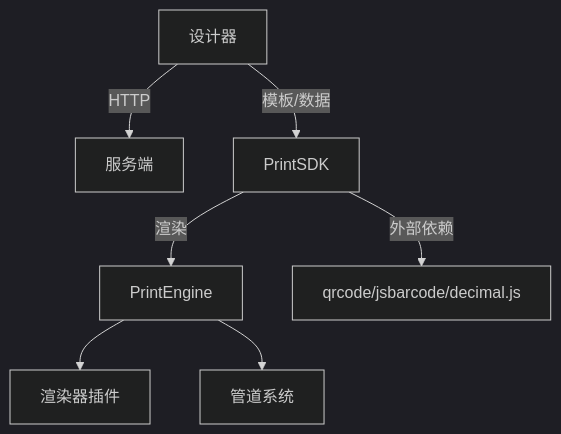
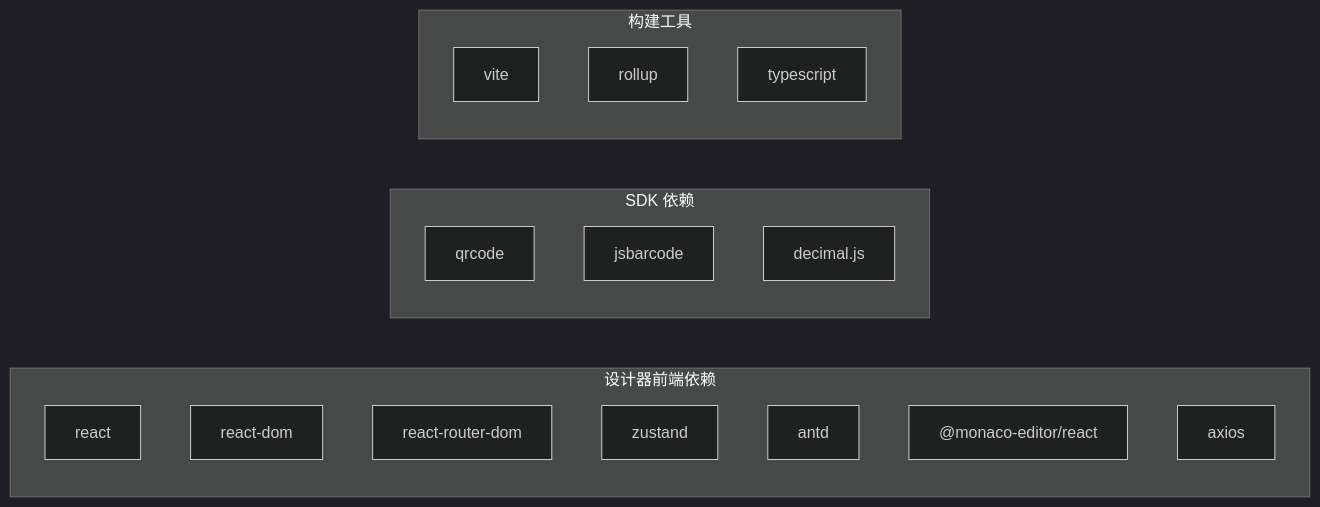
One commit to joker-yjc/printer changed the sixth of 6 diagrams in .qoder/repowiki/zh/content/项目概述/项目概述.md. Above: the diagram before and after it, drawn with Mermaid (dark theme). The commit also changed other lines of this file and 274 other files, not shown here.

````diff
--- a/.qoder/repowiki/zh/content/项目概述/项目概述.md
+++ b/.qoder/repowiki/zh/content/项目概述/项目概述.md
@@ -336,9 +307,22 @@
 ```mermaid
-graph TB
-D["设计器"] --> |HTTP| S["服务端"]
-D --> |模板/数据| SDK["PrintSDK"]
-SDK --> |渲染| PE["PrintEngine"]
-PE --> R["渲染器插件"]
-PE --> P["管道系统"]
-SDK --> |外部依赖| EXT["qrcode/jsbarcode/decimal.js"]
+graph LR
+subgraph "设计器前端依赖"
+R["react"]
+RD["react-dom"]
+RR["react-router-dom"]
+Z["zustand"]
+AD["antd"]
+ME["@monaco-editor/react"]
+AX["axios"]
+end
+subgraph "SDK 依赖"
+QR["qrcode"]
+JB["jsbarcode"]
+DC["decimal.js"]
+end
+subgraph "构建工具"
+V["vite"]
+RRp["rollup"]
+TS["typescript"]
+end
 ```
````
